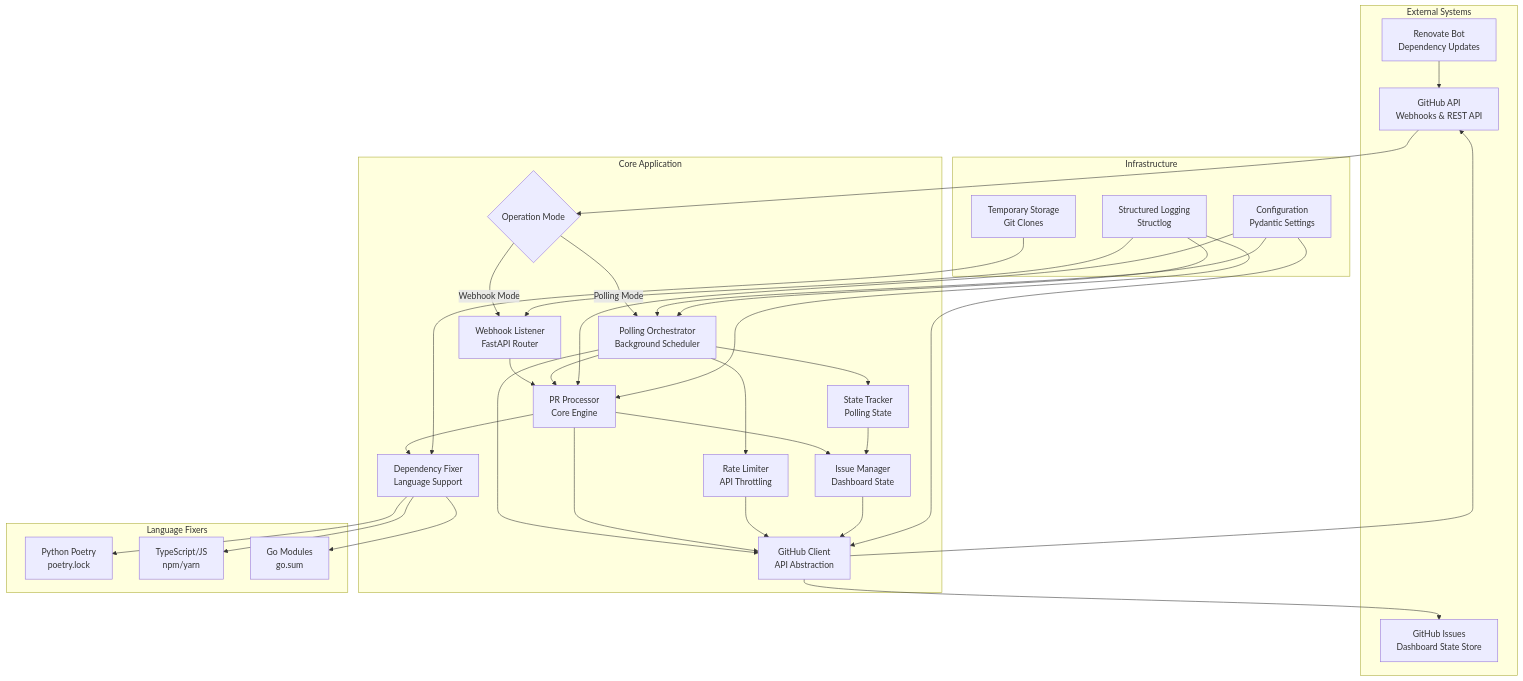
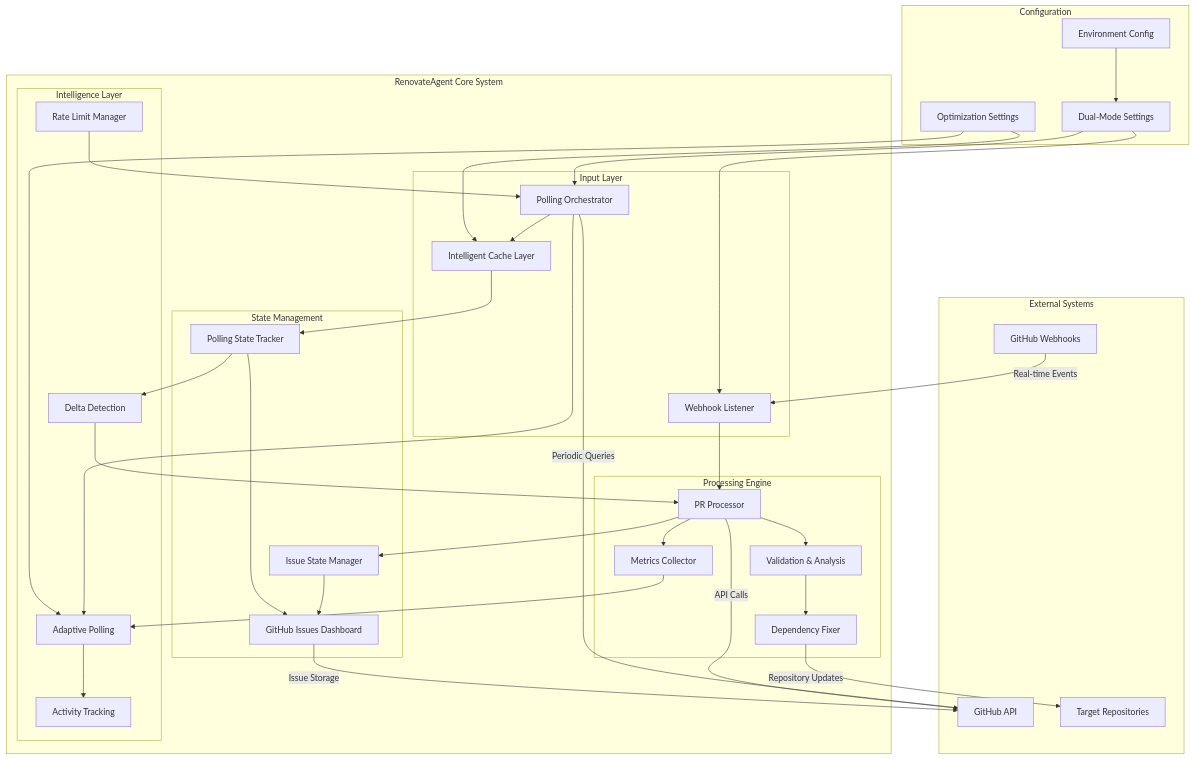
One commit to ashmere/RenovateAgent changed the diagram in docs/architecture.md. Above: the diagram before and after it, drawn with Mermaid. The commit also changed other lines of this file and 6 other files, not shown here.

````diff
--- a/docs/architecture.md
+++ b/docs/architecture.md
@@ -12,60 +12,81 @@
 ```mermaid
 graph TB
     subgraph "External Systems"
-        GH[GitHub API<br/>Webhooks & REST API]
-        RENOVATE[Renovate Bot<br/>Dependency Updates]
-        ISSUES[GitHub Issues<br/>Dashboard State Store]
+        GH[GitHub API]
+        GHWH[GitHub Webhooks]
+        REP[Target Repositories]
     end
 
-    subgraph "Core Application"
-        MODE{Operation Mode}
-        WL[Webhook Listener<br/>FastAPI Router]
-        PO[Polling Orchestrator<br/>Background Scheduler]
-        PR[PR Processor<br/>Core Engine]
-        GC[GitHub Client<br/>API Abstraction]
-        DF[Dependency Fixer<br/>Language Support]
-        IM[Issue Manager<br/>Dashboard State]
-        RL[Rate Limiter<br/>API Throttling]
-        ST[State Tracker<br/>Polling State]
+    subgraph "RenovateAgent Core System"
+        subgraph "Input Layer"
+            WHL[Webhook Listener]
+            POLL[Polling Orchestrator]
+            CACHE[Intelligent Cache Layer]
+        end
+
+        subgraph "Processing Engine"
+            PRP[PR Processor]
+            DF[Dependency Fixer]
+            VA[Validation & Analysis]
+            METRICS[Metrics Collector]
+        end
+
+        subgraph "State Management"
+            ISM[Issue State Manager]
+            PST[Polling State Tracker]
+            DASH[GitHub Issues Dashboard]
+        end
+
+        subgraph "Intelligence Layer"
+            ADP[Adaptive Polling]
+            DELTA[Delta Detection]
+            RATE[Rate Limit Manager]
+            ACT[Activity Tracking]
+        end
     end
 
-    subgraph "Language Fixers"
-        PY[Python Poetry<br/>poetry.lock]
-        TS[TypeScript/JS<br/>npm/yarn]
-        GO[Go Modules<br/>go.sum]
+    subgraph "Configuration"
+        ENV[Environment Config]
+        DUAL[Dual-Mode Settings]
+        OPT[Optimization Settings]
     end
 
-    subgraph "Infrastructure"
-        CONFIG[Configuration<br/>Pydantic Settings]
-        LOG[Structured Logging<br/>Structlog]
-        TEMP[Temporary Storage<br/>Git Clones]
-    end
+    %% External connections
+    GHWH -->|Real-time Events| WHL
+    POLL -->|Periodic Queries| GH
+    PRP -->|API Calls| GH
+    DF -->|Repository Updates| REP
+    DASH -->|Issue Storage| GH
 
-    GH --> MODE
-    MODE -->|Webhook Mode| WL
-    MODE -->|Polling Mode| PO
-    RENOVATE --> GH
-    WL --> PR
-    PO --> GC
-    PO --> ST
-    PO --> RL
-    PO --> PR
-    PR --> GC
-    PR --> DF
-    PR --> IM
-    GC --> GH
-    GC --> ISSUES
-    ST --> IM
-    RL --> GC
-    DF --> PY
-    DF --> TS
-    DF --> GO
-    IM --> GC
-    CONFIG --> PR
-    CONFIG --> GC
-    CONFIG --> PO
-    LOG --> WL
-    LOG --> PR
-    LOG --> PO
-    TEMP --> DF
+    %% Internal flow - Webhook Mode
+    WHL --> PRP
+
+    %% Internal flow - Polling Mode
+    POLL --> CACHE
+    CACHE --> PST
+    PST --> DELTA
+    DELTA --> PRP
+
+    %% Shared processing
+    PRP --> VA
+    VA --> DF
+    PRP --> ISM
+    PRP --> METRICS
+
+    %% Intelligence and optimization
+    POLL --> ADP
+    ADP --> ACT
+    RATE --> POLL
+    METRICS --> ADP
+
+    %% State coordination
+    ISM --> DASH
+    PST --> DASH
+
+    %% Configuration
+    ENV --> DUAL
+    DUAL --> WHL
+    DUAL --> POLL
+    OPT --> ADP
+    OPT --> CACHE
 ```
````
